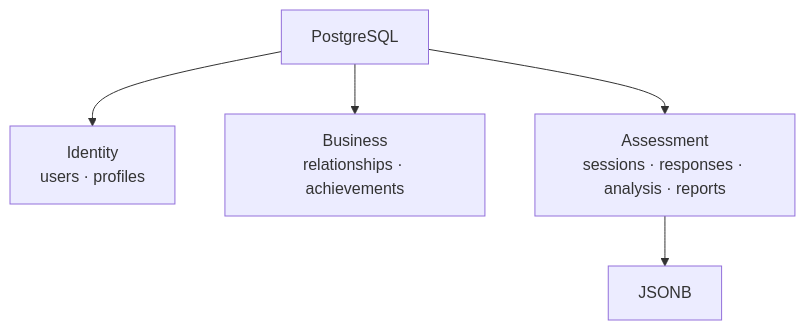
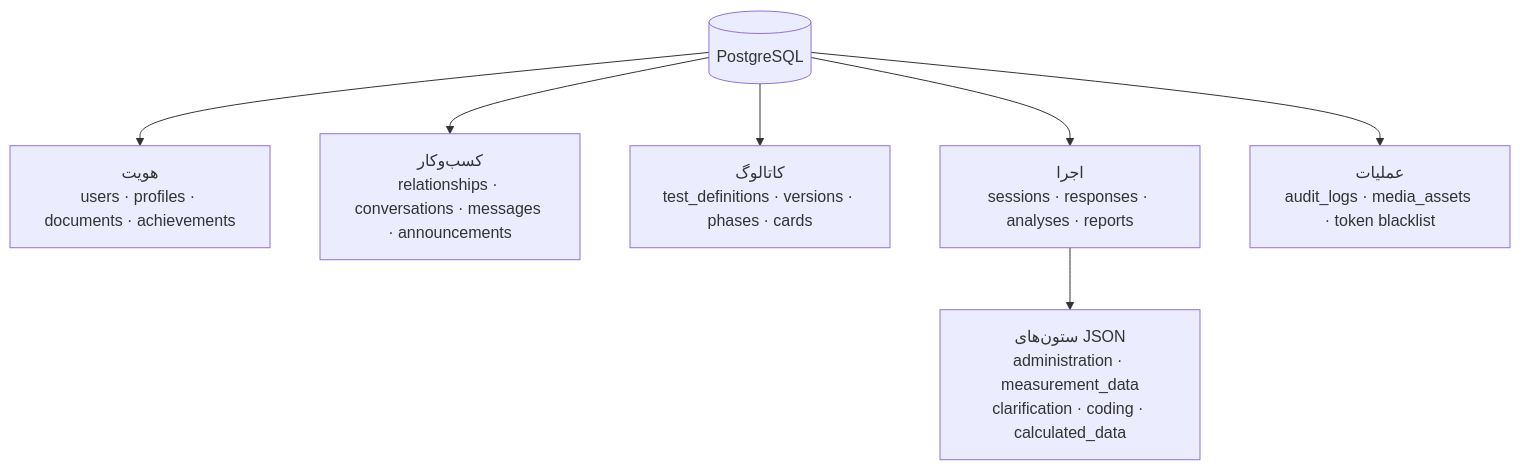
Before and after one commit to elmkhah/rorschach: the fifth of 8 diagrams in documentation/02-architecture.md, drawn with Mermaid. The commit also changed other lines of this file and 23 other files, not shown here.

````diff
--- a/documentation/02-architecture.md
+++ b/documentation/02-architecture.md
@@ -99,7 +202,9 @@
 ```mermaid
 flowchart TD
-    PG[PostgreSQL] --> ID["Identity<br/>users · profiles"]
-    PG --> BU["Business<br/>relationships · achievements"]
-    PG --> AS["Assessment<br/>sessions · responses · analysis · reports"]
-    AS --> J[JSONB]
+    PG[("PostgreSQL")] --> ID["هویت<br/>users · profiles · documents · achievements"]
+    PG --> BU["کسب‌وکار<br/>relationships · conversations · messages · announcements"]
+    PG --> CAT["کاتالوگ<br/>test_definitions · versions · phases · cards"]
+    PG --> RUN["اجرا<br/>sessions · responses · analyses · reports"]
+    PG --> OPS["عملیات<br/>audit_logs · media_assets · token blacklist"]
+    RUN --> J["ستون‌های JSON<br/>administration · measurement_data<br/>clarification · coding · calculated_data"]
 ```
````
